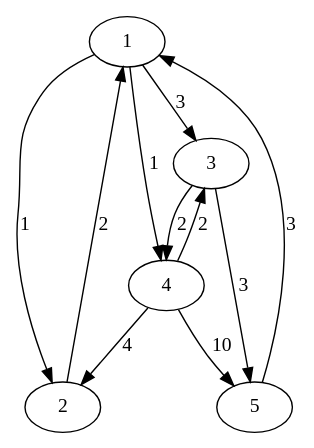
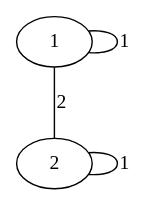
One commit to dark7lord/Simple-Navigator changed the diagram in src/test_example_graph.dot. Above: the diagram before and after it, drawn with Graphviz. The commit also changed 9 other files, not shown here.

```diff
--- a/src/test_example_graph.dot
+++ b/src/test_example_graph.dot
@@ -1,18 +1,8 @@
-digraph {
+graph {
   1;
   2;
-  3;
-  4;
-  5;
 
-  1->2 [label="1"];
-  1->3 [label="3"];
-  1->4 [label="1"];
-  2->1 [label="2"];
-  3->4 [label="2"];
-  3->5 [label="3"];
-  4->2 [label="4"];
-  4->3 [label="2"];
-  4->5 [label="10"];
-  5->1 [label="3"];
+  1--1 [label="1"];
+  1--2 [label="2"];
+  2--2 [label="1"];
 }
```
